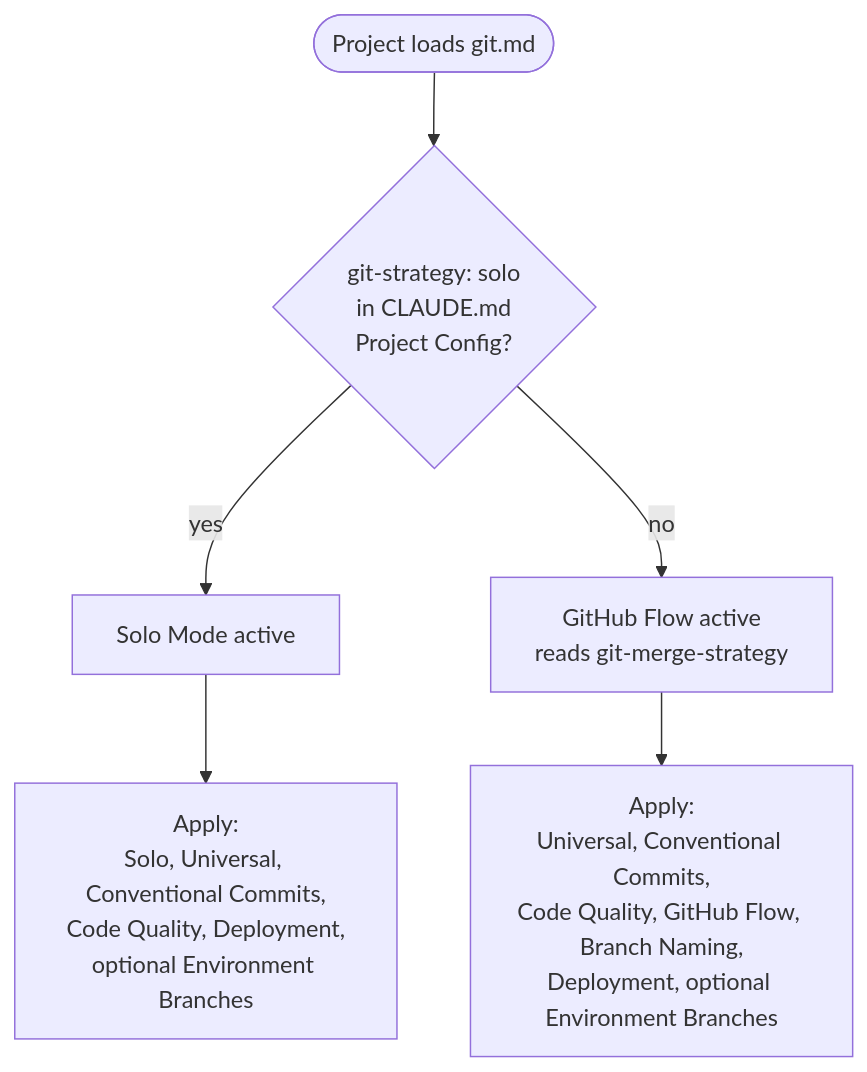
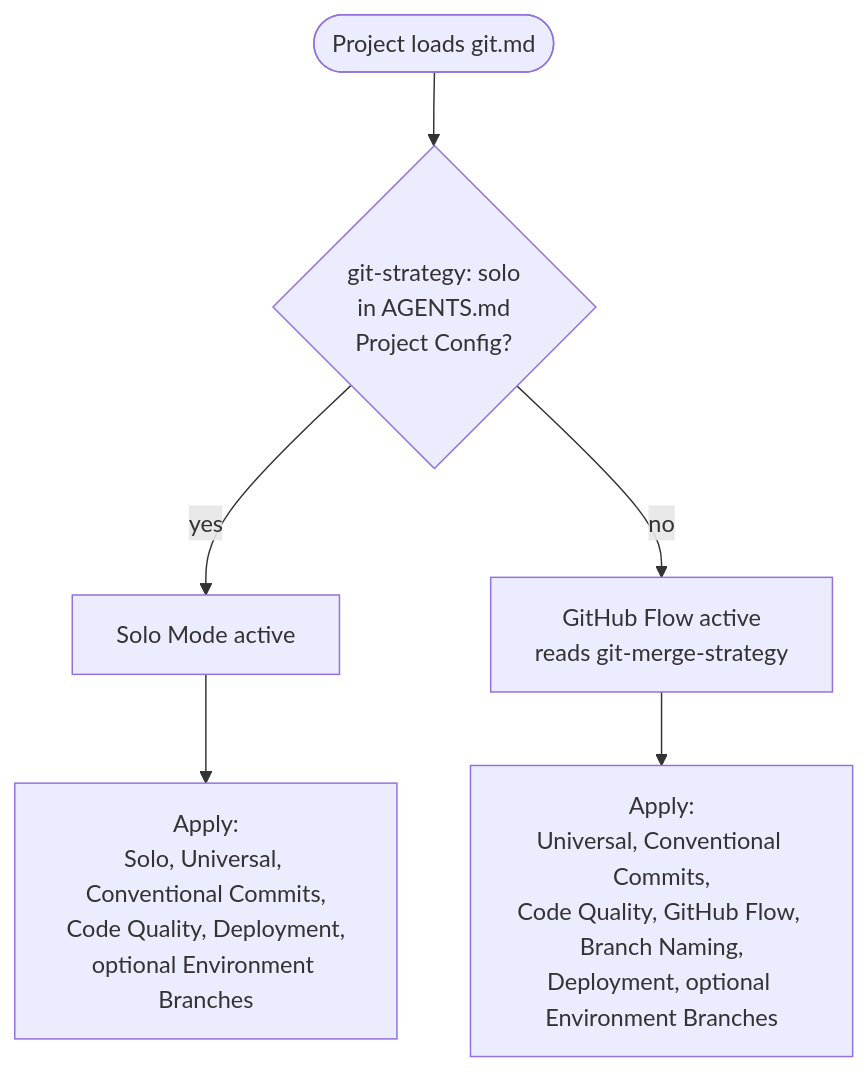
The diagram in docs/rules/git.md (myowinthein/agent-helm), drawn with Mermaid before and after one commit. The commit also changed other lines of this file and 20 other files, not shown here.

````diff
--- a/docs/rules/git.md
+++ b/docs/rules/git.md
@@ -17,9 +17,9 @@
 ```mermaid
 flowchart TD
-  Start([Project loads git.md]) --> Check{git-strategy: solo<br/>in CLAUDE.md<br/>Project Config?}
+  Start([Project loads git.md]) --> Check{git-strategy: solo<br/>in AGENTS.md<br/>Project Config?}
   Check -->|yes| Solo[Solo Mode active]
   Check -->|no| Flow[GitHub Flow active<br/>reads git-merge-strategy]
 
   Solo --> Sections1[Apply:<br/>Solo, Universal, Conventional Commits,<br/>Code Quality, Deployment,<br/>optional Environment Branches]
   Flow --> Sections2[Apply:<br/>Universal, Conventional Commits,<br/>Code Quality, GitHub Flow, Branch Naming,<br/>Deployment, optional Environment Branches]
 ```
````
